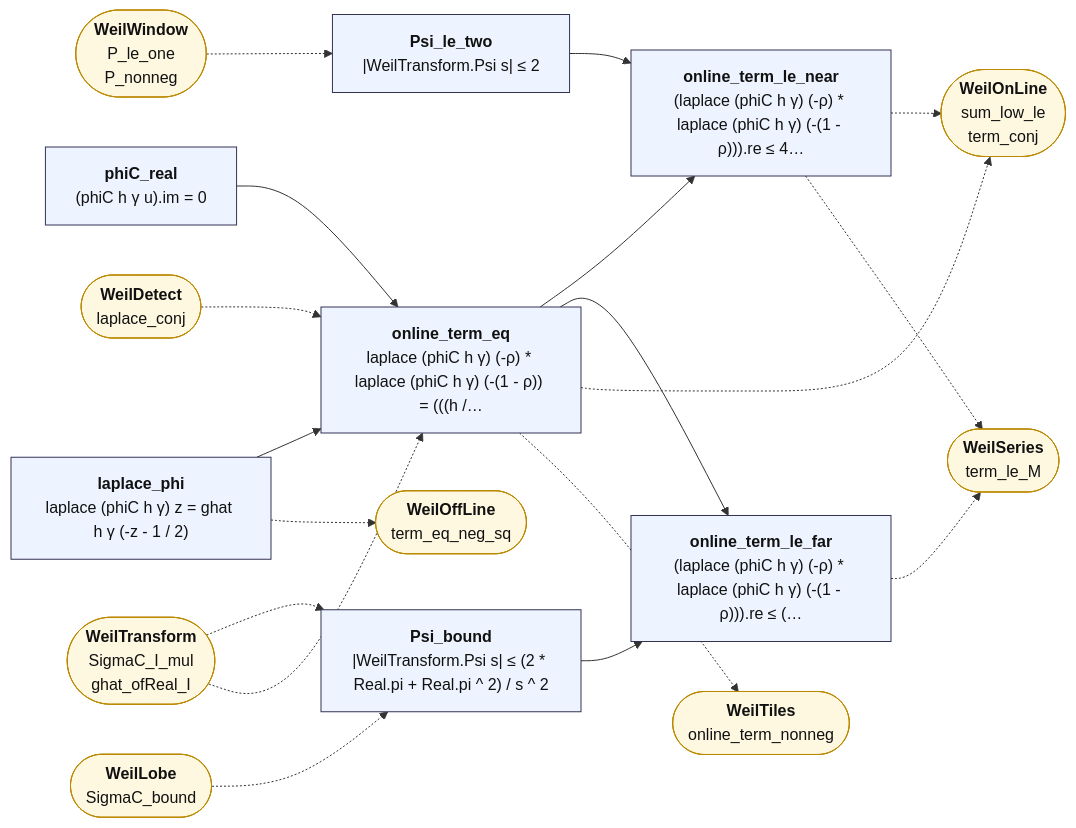
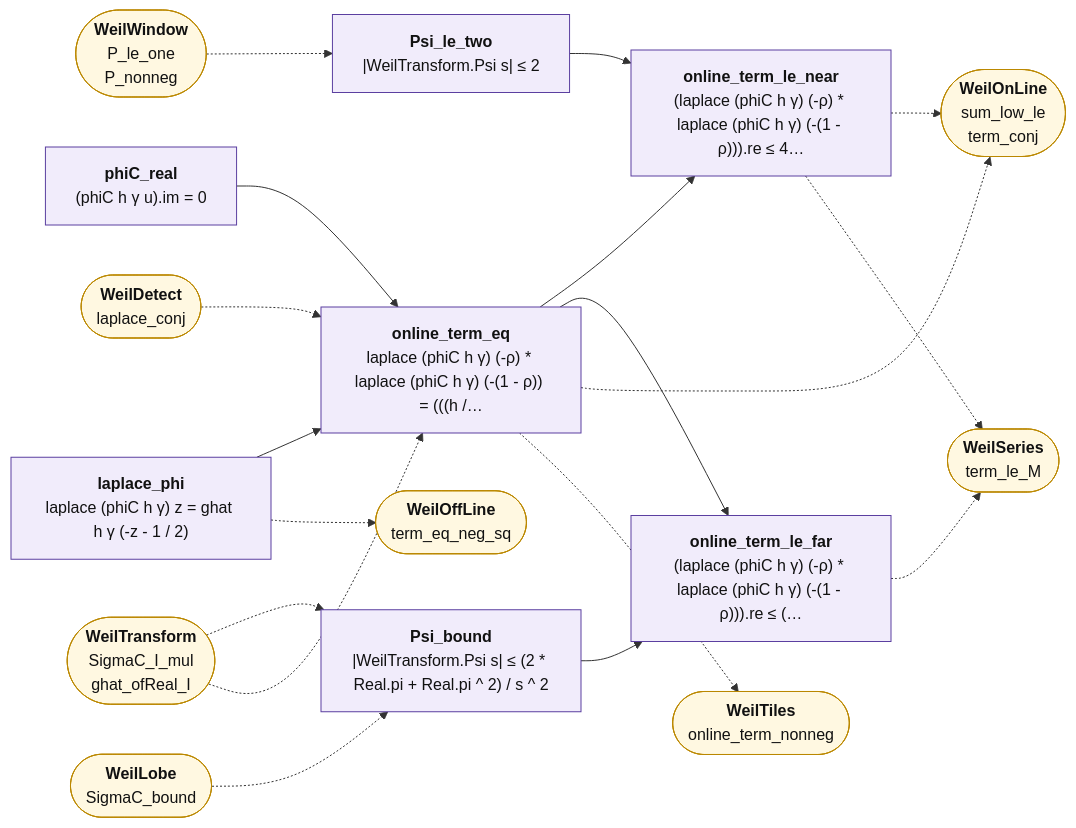
The diagram in map/lean_stage3/WeilBackground.md (juliansambranojr/Primebeat_081426), drawn with Mermaid before and after one commit. The commit also changed other lines of this file and 398 other files, not shown here.

````diff
--- a/map/lean_stage3/WeilBackground.md
+++ b/map/lean_stage3/WeilBackground.md
@@ -12,40 +12,43 @@
 ```mermaid
 flowchart LR
-  n0["<b>phiC_real</b><br/>(phiC h γ u).im = 0"]:::thm
-  n1["<b>laplace_phi</b><br/>laplace (phiC h γ) z = ghat h γ (-z - 1 / 2)"]:::thm
-  n2["<b>Psi_bound</b><br/>|WeilTransform.Psi s| ≤ (2 * Real.pi + Real.pi ^ 2) / s ^ 2"]:::thm
-  n3["<b>Psi_le_two</b><br/>|WeilTransform.Psi s| ≤ 2"]:::thm
-  n4["<b>online_term_eq</b><br/>laplace (phiC h γ) (-ρ) * laplace (phiC h γ) (-(1 - ρ)) = (((h /…"]:::thm
-  n5["<b>online_term_le_near</b><br/>(laplace (phiC h γ) (-ρ) * laplace (phiC h γ) (-(1 - ρ))).re ≤ 4…"]:::thm
-  n6["<b>online_term_le_far</b><br/>(laplace (phiC h γ) (-ρ) * laplace (phiC h γ) (-(1 - ρ))).re ≤ (…"]:::thm
+  n0["<b>phiC_real</b><br/>(phiC h γ u).im = 0"]:::shp
+  n1["<b>laplace_phi</b><br/>laplace (phiC h γ) z = ghat h γ (-z - 1 / 2)"]:::shp
+  n2["<b>Psi_bound</b><br/>|WeilTransform.Psi s| ≤ (2 * Real.pi + Real.pi ^ 2) / s ^ 2"]:::shp
+  n3["<b>Psi_le_two</b><br/>|WeilTransform.Psi s| ≤ 2"]:::shp
+  n4["<b>online_term_eq</b><br/>laplace (phiC h γ) (-ρ) * laplace (phiC h γ) (-(1 - ρ)) = (((h /…"]:::shp
+  n5["<b>online_term_le_near</b><br/>(laplace (phiC h γ) (-ρ) * laplace (phiC h γ) (-(1 - ρ))).re ≤ 4…"]:::shp
+  n6["<b>online_term_le_far</b><br/>(laplace (phiC h γ) (-ρ) * laplace (phiC h γ) (-(1 - ρ))).re ≤ (…"]:::shp
   x0(["<b>WeilOffLine</b><br/>term_eq_neg_sq"]):::ext
   x1(["<b>WeilLobe</b><br/>SigmaC_bound"]):::ext
   x2(["<b>WeilTransform</b><br/>SigmaC_I_mul<br/>ghat_ofReal_I"]):::ext
   x3(["<b>WeilWindow</b><br/>P_le_one<br/>P_nonneg"]):::ext
   x4(["<b>WeilDetect</b><br/>laplace_conj"]):::ext
   x5(["<b>WeilOnLine</b><br/>sum_low_le<br/>term_conj"]):::ext
   x6(["<b>WeilTiles</b><br/>online_term_nonneg"]):::ext
   x7(["<b>WeilSeries</b><br/>term_le_M"]):::ext
   n0 --> n4
   n1 --> n4
   n2 --> n6
   n3 --> n5
   n4 --> n5
   n4 --> n6
   n1 -.-> x0
   n4 -.-> x5
   n4 -.-> x6
   n5 -.-> x5
   n5 -.-> x7
   n6 -.-> x7
   x1 -.-> n2
   x2 -.-> n2
   x2 -.-> n4
   x3 -.-> n3
   x4 -.-> n4
+  classDef cnt fill:#dff5ec,stroke:#17694a,color:#111
+  classDef shp fill:#f1ecfb,stroke:#5b3fa0,color:#111
+  classDef rh fill:#ffe5e5,stroke:#c22,color:#111,stroke-width:2px
   classDef thm fill:#eef4ff,stroke:#335,color:#111
   classDef end_ fill:#e7f7e7,stroke:#2a7,color:#111,stroke-width:2px
   classDef lone fill:#fff,stroke:#999,color:#111,stroke-dasharray:4 3
   classDef bad fill:#ffe5e5,stroke:#c22,color:#111,stroke-width:2px
   classDef ext fill:#fff8e1,stroke:#b80,color:#111
 ```
````
